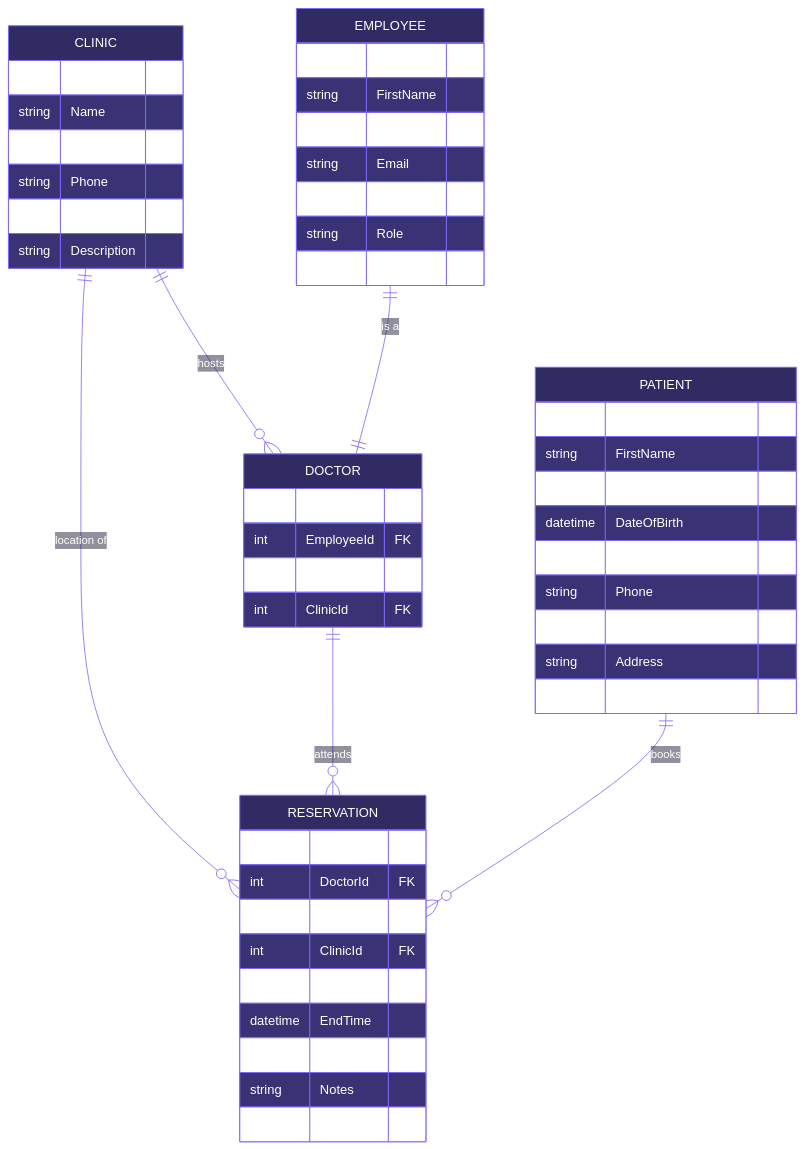
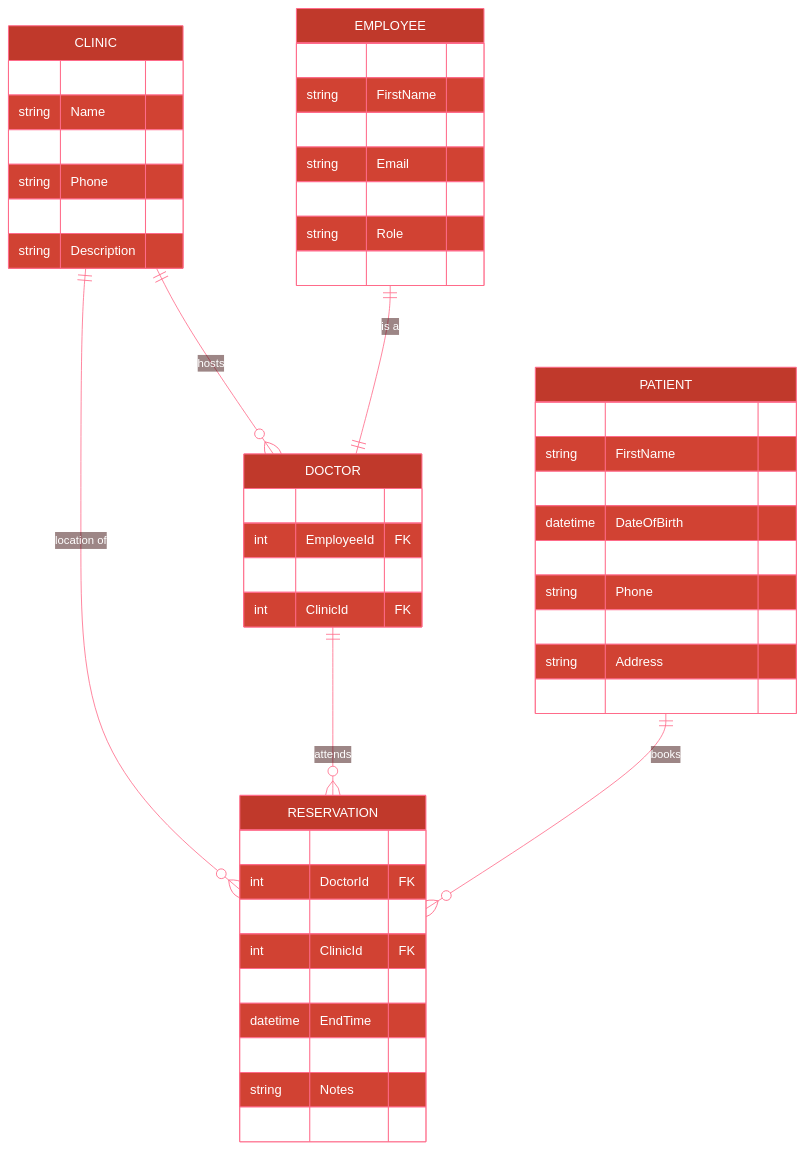
Before and after one commit to DARusrus/Hospital-System: the third of 3 diagrams in README.md, drawn with Mermaid. The commit also changed other lines of this file, not shown here.

````diff
--- a/README.md
+++ b/README.md
@@ -184,63 +184,63 @@
 ```mermaid
 %%{init: {'theme': 'base', 'themeVariables': {
-  'primaryColor': '#302b63',
+  'primaryColor': '#c0392b',
   'primaryTextColor': '#ffffff',
-  'primaryBorderColor': '#7C6AF7',
-  'lineColor': '#7C6AF7',
-  'secondaryColor': '#0f0c29',
-  'tertiaryColor': '#24243e',
+  'primaryBorderColor': '#ff6b8a',
+  'lineColor': '#ff6b8a',
+  'secondaryColor': '#7b1a1a',
+  'tertiaryColor': '#3d0f0f',
   'fontFamily': 'JetBrains Mono'
 }}}%%
 erDiagram
     CLINIC {
         int Id PK
         string Name
         string Address
         string Phone
         string Location
         string Description
     }
     DOCTOR {
         int Id PK
         int EmployeeId FK
         string Specialty
         int ClinicId FK
     }
     EMPLOYEE {
         int Id PK
         string FirstName
         string LastName
         string Email
         string Phone
         string Role
         datetime HireDate
     }
     PATIENT {
         int Id PK
         string FirstName
         string LastName
         datetime DateOfBirth
         string Gender
         string Phone
         string Email
         string Address
         string MedicalRecordNumber UK
     }
     RESERVATION {
         int Id PK
         int DoctorId FK
         int PatientId FK
         int ClinicId FK
         datetime StartTime
         datetime EndTime
         string Status
         string Notes
         datetime CreatedAt
     }
 
     CLINIC ||--o{ DOCTOR : "hosts"
     CLINIC ||--o{ RESERVATION : "location of"
     EMPLOYEE ||--|| DOCTOR : "is a"
     DOCTOR ||--o{ RESERVATION : "attends"
     PATIENT ||--o{ RESERVATION : "books"
 ```
````
